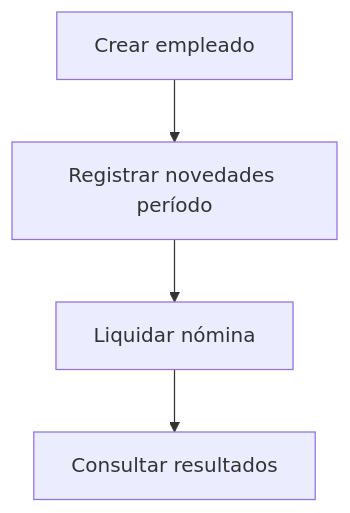
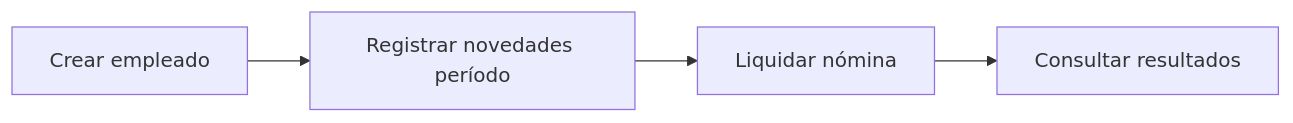
The diagram in docs/02-funcional.md (jquinterov-ITM/NominaPro), drawn with Mermaid before and after one commit. The commit also changed other lines of this file and 30 other files, not shown here.

````diff
--- a/docs/02-funcional.md
+++ b/docs/02-funcional.md
@@ -29,6 +32,6 @@
 ```mermaid
-flowchart TD
+flowchart LR
     A[Crear empleado] --> B[Registrar novedades período]
     B --> C[Liquidar nómina]
     C --> D[Consultar resultados]
 ```
````
